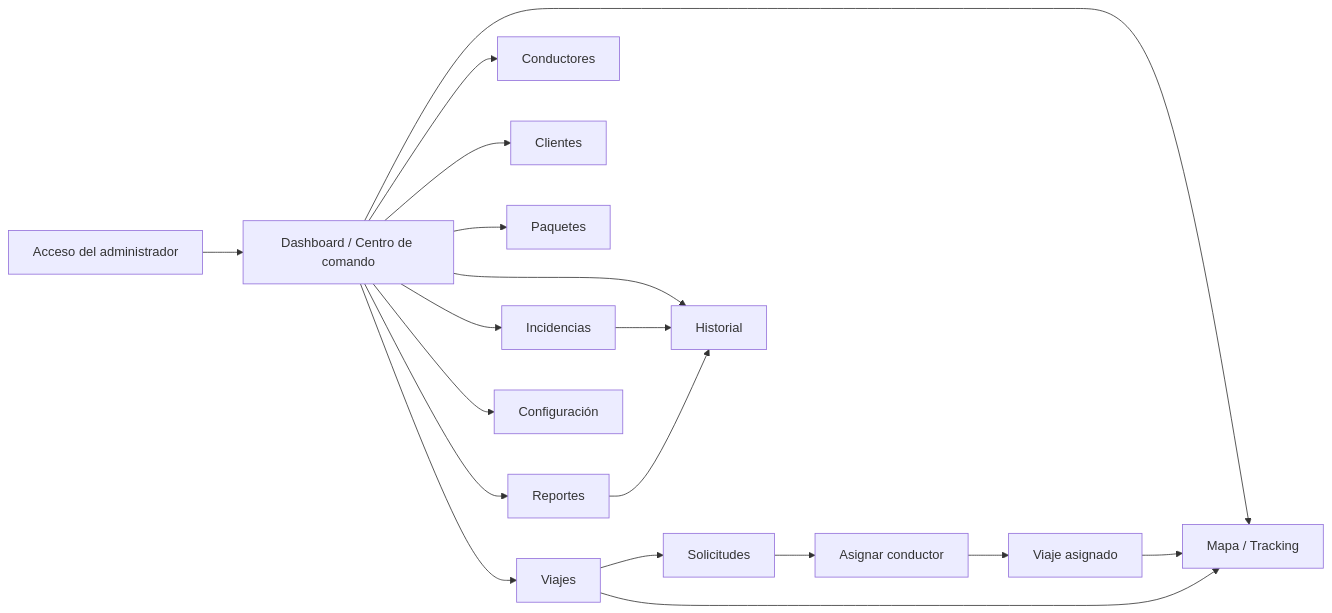
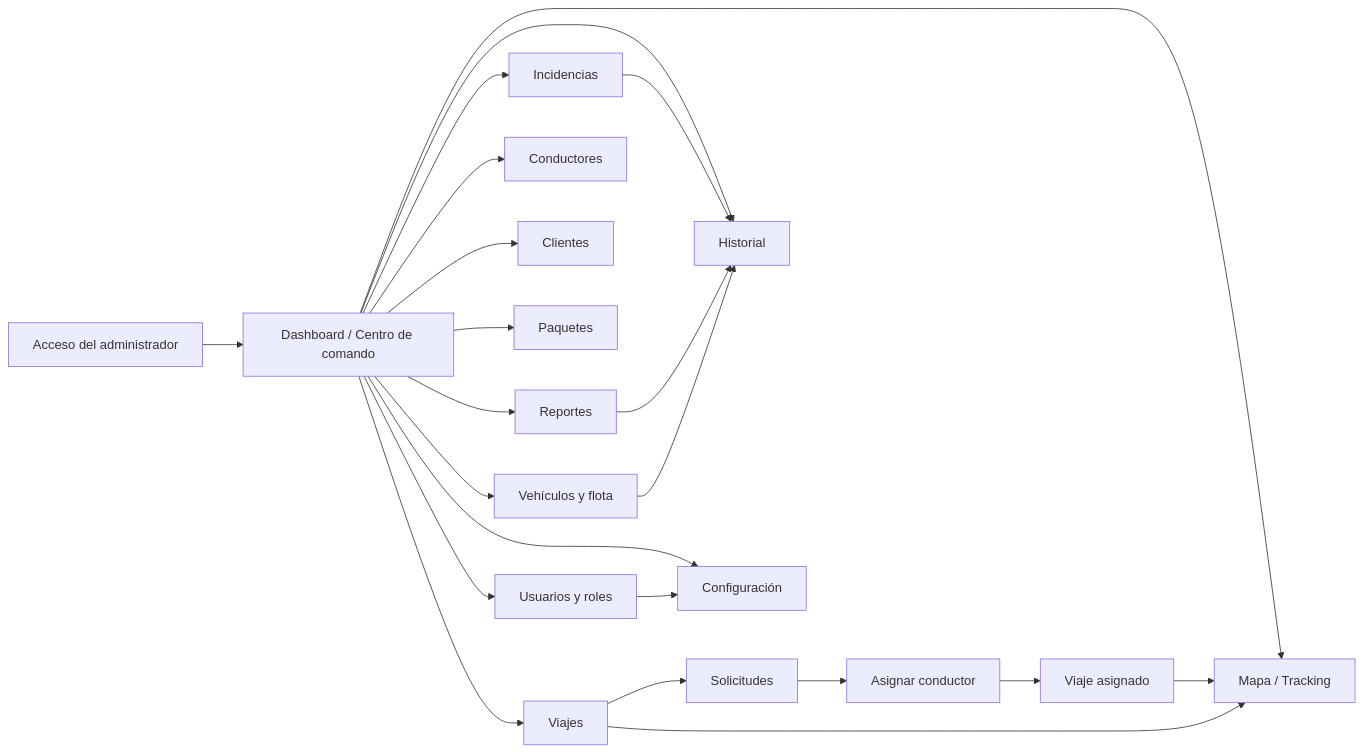
One commit to pubnicaragua/plt-web-01-sep-sn changed the diagram in FLUJO_NAVEGACION.md. Above: the diagram before and after it, drawn with Mermaid. The commit also changed other lines of this file and 5 other files, not shown here.

Commit message:
Panel web: flota, usuarios y roles, KPI definidos, CSV y detalle de viaje

````diff
--- a/FLUJO_NAVEGACION.md
+++ b/FLUJO_NAVEGACION.md
@@ -7,20 +7,24 @@
 ```mermaid
 flowchart LR
   A[Acceso del administrador] --> B[Dashboard / Centro de comando]
   B --> C[Viajes]
+  B --> V[Vehículos y flota]
+  B --> U[Usuarios y roles]
   C --> D[Solicitudes]
   D --> E[Asignar conductor]
   E --> F[Viaje asignado]
   B --> G[Conductores]
   B --> H[Clientes]
   B --> I[Paquetes]
   B --> J[Mapa / Tracking]
   B --> K[Historial]
   B --> L[Incidencias]
   B --> M[Reportes]
   B --> N[Configuración]
   F --> J
   L --> K
   C --> J
   M --> K
+  V --> K
+  U --> N
 ```
````
